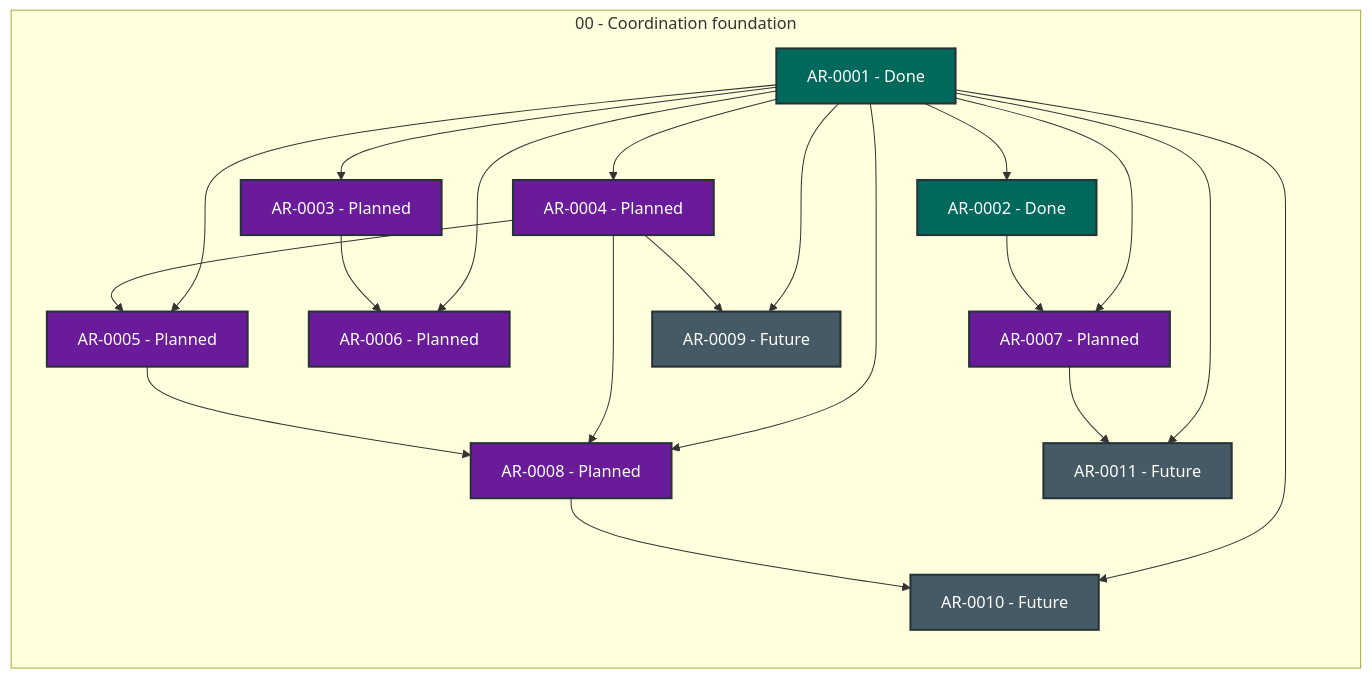
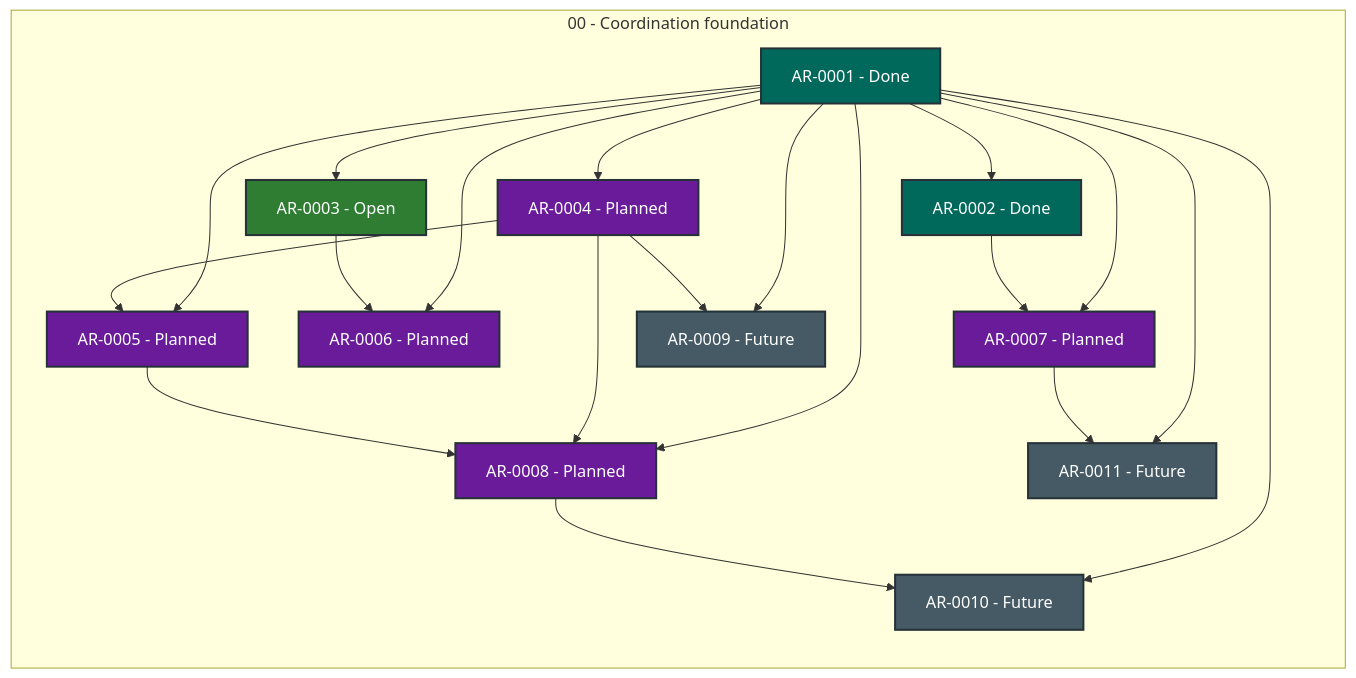
Before and after one commit to martin-beck/agent-workflow-quality-state: the diagram in STATUS.md, drawn with Mermaid. The commit also changed other lines of this file and 2 other files, not shown here.

````diff
--- a/STATUS.md
+++ b/STATUS.md
@@ -27,43 +27,43 @@
 ```mermaid
 flowchart LR
     subgraph series_00["00 - Coordination foundation"]
         direction TB
         AR_0001["AR-0001 - Done"]:::status_done
         AR_0002["AR-0002 - Done"]:::status_done
-        AR_0003["AR-0003 - Planned"]:::status_planned
+        AR_0003["AR-0003 - Open"]:::status_open
         AR_0004["AR-0004 - Planned"]:::status_planned
         AR_0005["AR-0005 - Planned"]:::status_planned
         AR_0006["AR-0006 - Planned"]:::status_planned
         AR_0007["AR-0007 - Planned"]:::status_planned
         AR_0008["AR-0008 - Planned"]:::status_planned
         AR_0009["AR-0009 - Future"]:::status_future
         AR_0010["AR-0010 - Future"]:::status_future
         AR_0011["AR-0011 - Future"]:::status_future
     end
     AR_0001 --> AR_0002
     AR_0001 --> AR_0003
     AR_0001 --> AR_0004
     AR_0001 --> AR_0005
     AR_0001 --> AR_0006
     AR_0001 --> AR_0007
     AR_0001 --> AR_0008
     AR_0001 --> AR_0009
     AR_0001 --> AR_0010
     AR_0001 --> AR_0011
     AR_0002 --> AR_0007
     AR_0003 --> AR_0006
     AR_0004 --> AR_0005
     AR_0004 --> AR_0008
     AR_0004 --> AR_0009
     AR_0005 --> AR_0008
     AR_0007 --> AR_0011
     AR_0008 --> AR_0010
     classDef status_in_progress fill:#1565c0,color:#ffffff,stroke:#263238,stroke-width:2px
     classDef status_open fill:#2e7d32,color:#ffffff,stroke:#263238,stroke-width:2px
     classDef status_blocked fill:#c62828,color:#ffffff,stroke:#263238,stroke-width:2px
     classDef status_planned fill:#6a1b9a,color:#ffffff,stroke:#263238,stroke-width:2px
     classDef status_future fill:#455a64,color:#ffffff,stroke:#263238,stroke-width:2px
     classDef status_done fill:#00695c,color:#ffffff,stroke:#263238,stroke-width:2px
     classDef status_cancelled fill:#616161,color:#ffffff,stroke:#263238,stroke-width:2px
     classDef status_superseded fill:#5d4037,color:#ffffff,stroke:#263238,stroke-width:2px
 ```
````
